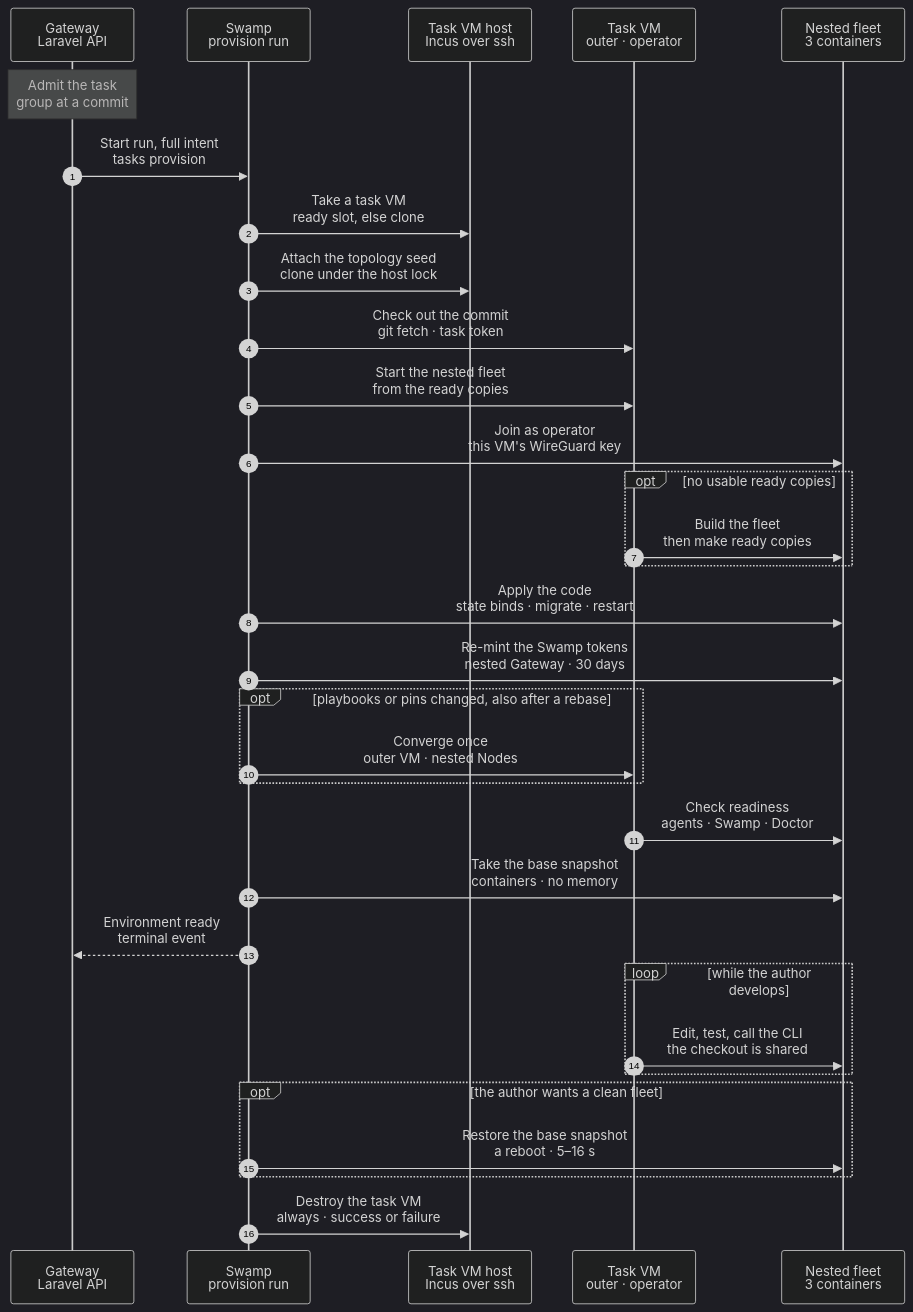
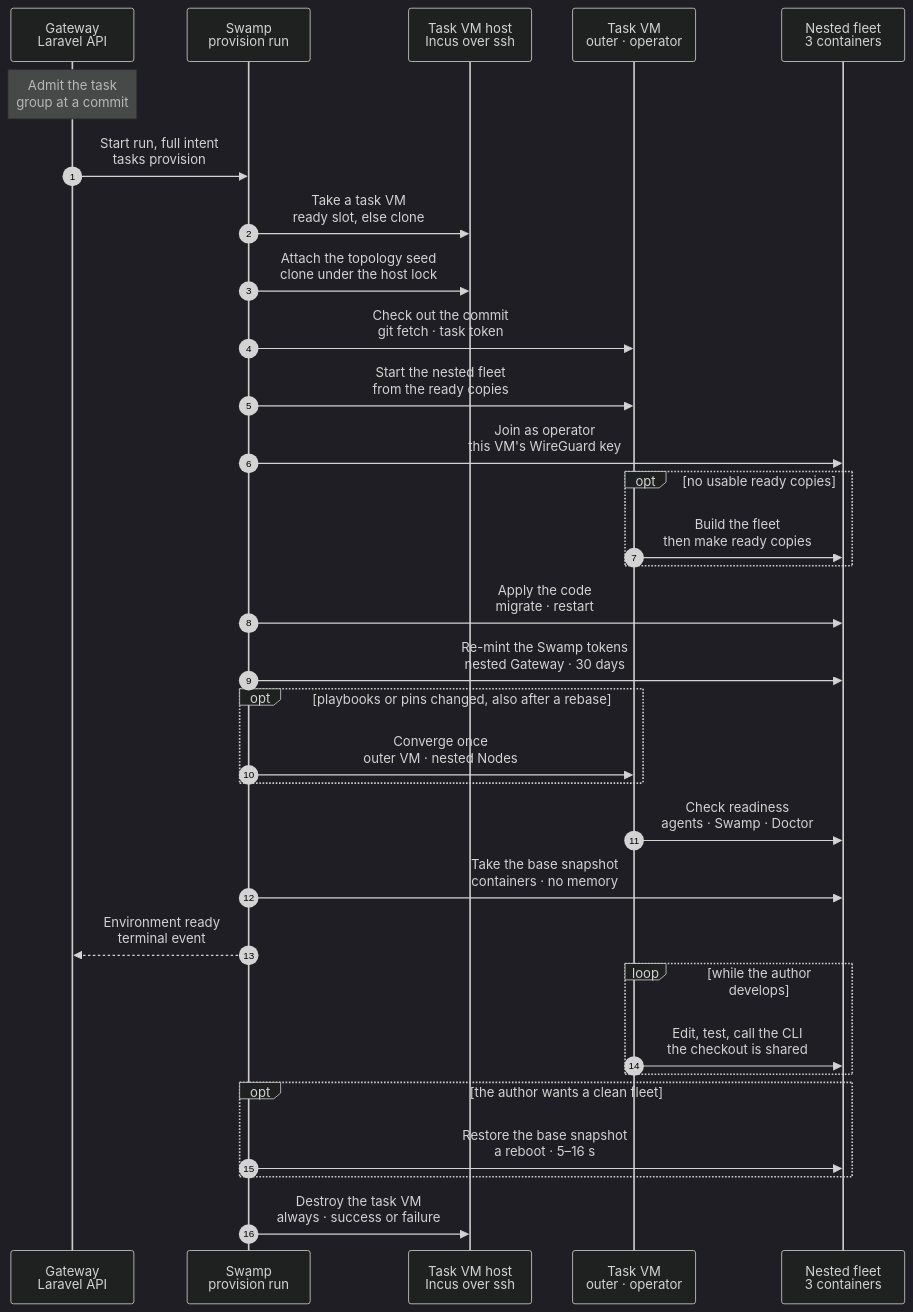
One commit to hardimpactdev/orbit changed the diagram in docs/reference/pipeline/2-development-environment.mmd. Above: the diagram before and after it, drawn with Mermaid (dark theme). The commit also changed 4 other files, not shown here.

Commit message:
Charts: review fixes, no nested-VM wording left

```diff
--- a/docs/reference/pipeline/2-development-environment.mmd
+++ b/docs/reference/pipeline/2-development-environment.mmd
@@ -51,12 +51,12 @@
   %%> - no memory snapshot of the outer VM (Nick, option 3): a cold start of the outer VM plus the containers was as fast as its memory restore (beast 35 s, shark 27 s against 34 s), and a memory snapshot would need retaking per host and per release
   %%> - measured on shark (rvm-2): copies to a healthy fleet 8–11 s
   %%> - each ready copy is self-contained: its own `.env`, storage, `bootstrap/cache` and database on its own disk (stage 6 saves them so); the code comes from the outer VM's checkout
-  %%> - needs no earlier fleet in this VM and no state from the outer VM; the task owns the network and the three VMs
+  %%> - needs no earlier fleet in this VM and no state from the outer VM; the task owns the network and the three containers
   %%> - then pushes the proof Swamp Club key into the nested Gateway, as today
   %%> Proposed 2026-11-05:
   %%> - replaces today's reset, which takes `.env`, storage, the agent manifest and the lease from an earlier fleet in the same VM, so it fails on a fresh VM
   %%> Time:
-  %%> - about 75 seconds to a checked fleet, of which the boot is about 50
+  %%> - about 10 seconds to a healthy fleet from the copies (8–11 s on shark); Doctor reads healthy once every agent has reported, about a minute after the boot
   SW->>NT: Join as operator<br/>this VM's WireGuard key
   %%> What it does:
   %%> - the outer VM makes its own WireGuard key; its public key goes into the nested Gateway's operator Node record with `incus exec` (the outer VM is the Incus host of the nested containers, so this needs no network yet)
@@ -75,9 +75,9 @@
     %%> Time:
     %%> - about 230 seconds; the build ends by making the ready copies for the next reset
   end
-  SW->>NT: Apply the code<br/>state binds · migrate · restart
+  SW->>NT: Apply the code<br/>migrate · restart
   %%> What it does:
-  %%> - starts the bind-mount units that put `.env`, `storage` and `bootstrap/cache` (each guest's own disk) over the shared checkout
+  %%> - the bind-mount units of the copies put `.env`, `storage` and `bootstrap/cache` (each guest's own disk) over the shared checkout at boot
   %%> - then the re-mint below, migrations and a restart of the long-running services (queue worker, scheduler, agent-view subscriber), so they run the checked-out code
   %%> Decided by the orchestrator, for Nick's review (2026-11-06), container inner topology:
   %%> - the checkout is the disk device of the fleet start; there is no NFS export, NFS mount or mount ordering step any more
@@ -86,7 +86,7 @@
   SW->>NT: Re-mint the Swamp tokens<br/>nested Gateway · 30 days
   %%> Decided by the orchestrator, for Nick's review (2026-11-06):
   %%> What it does:
-  %%> - runs the play `remint` of the Gateway bootstrap playbook on the nested Gateway, from the mounted checkout, with the control plan the build left on that machine (`/opt/orbit/bootstrap/control.yml`)
+  %%> - runs the play `remint` of the Gateway bootstrap playbook on the nested Gateway, from the checkout disk device, with the control plan the build left on that machine (`/opt/orbit/bootstrap/control.yml`)
   %%> - the Swamp CLI renews the tokens by the names and into the files the build used: `access token rotate` for the serve driver, the two workers and the Gateway's run and read tokens, a new enrollment token for each worker; each lasts 30 days
   %%> - a worker gets a new enrollment token under a new name; the old one was used once and expires with the task VM, so nothing revokes it
   %%> - stops serve and both workers while the tokens change, then starts them; the apply step that follows restarts the Gateway's own services, which read the new tokens
@@ -94,7 +94,7 @@
   %%> - measured on shark: ok=15 failed=0, about 20 s
   %%> Why:
   %%> - the tokens of the ready copies are as old as the copies, so a fleet started from them would otherwise run a Swamp whose tokens expired; this step makes the age of the copies irrelevant, and the seed refresh needs no step for it
-  %%> - the same fleet start does it every time, from the same mounted code the apply uses; it needs no key from the real Gateway, because these tokens belong to the nested Orbit
+  %%> - the same fleet start does it every time, from the same checkout the apply uses; it needs no key from the real Gateway, because these tokens belong to the nested Orbit
   %%> - runs only when the VM has the proof Swamp Club key (a proof task): the Swamp CLI needs it, the start pushes it to `~/.config/swamp/api-key` of the nested Gateway before this step, and this step restarts serve and the workers so they read it
   %%> - the certificates last 397 days and are issued again by the seed refresh; nothing else in the fleet expires within the life of a task
   %%> Time:
```
